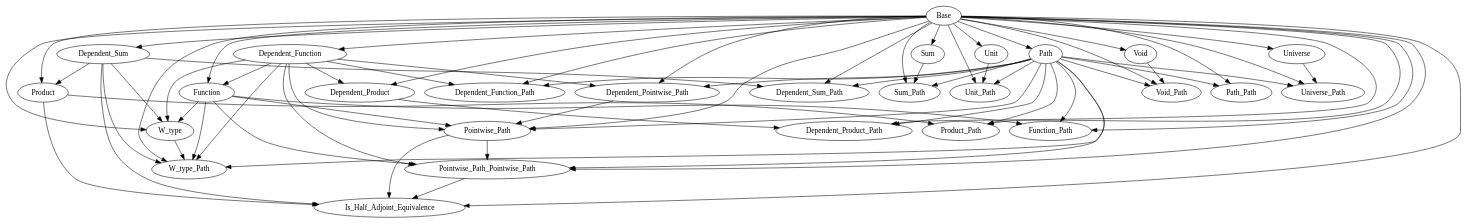
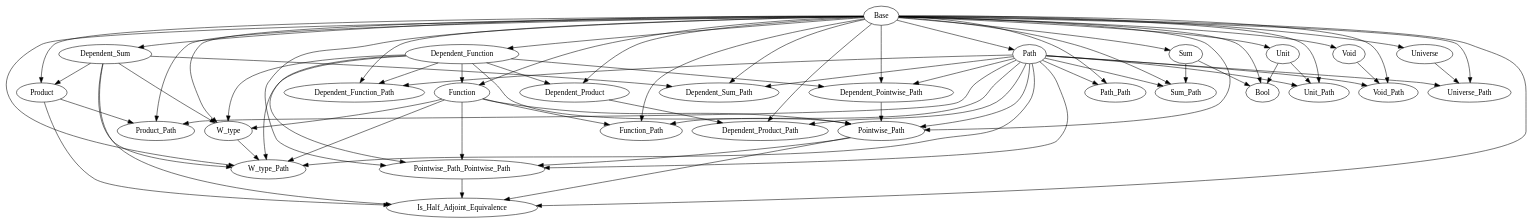
Before and after one commit to Hexirp/googology-in-coq: the diagram in libraries/dependencies.gv, drawn with Graphviz. The commit also changed 1 other file, not shown here.

Commit message:
Update: Bool を書き直す

```diff
--- a/libraries/dependencies.gv
+++ b/libraries/dependencies.gv
@@ -1,99 +1,103 @@
 digraph Dependencies {
   # Base
   # Dependent_Function
   "Base" -> "Dependent_Function";
   # Function
   "Base" -> "Function";
   "Dependent_Function" -> "Function";
   # Dependent_Product
   "Base" -> "Dependent_Product";
   "Dependent_Function" -> "Dependent_Product";
   # Dependent_Sum
   "Base" -> "Dependent_Sum";
   # Product
   "Base" -> "Product";
   "Dependent_Sum" -> "Product";
   # Sum
   "Base" -> "Sum";
   # Unit
   "Base" -> "Unit";
   # Void
   "Base" -> "Void";
   # W_type
   "Base" -> "W_type";
   "Dependent_Function" -> "W_type";
   "Function" -> "W_type";
   "Dependent_Sum" -> "W_type";
   # Universe
   "Base" -> "Universe";
   # Path
   "Base" -> "Path";
   # Dependent_Function_Path
   "Base" -> "Dependent_Function_Path";
   "Dependent_Function" -> "Dependent_Function_Path";
   "Path" -> "Dependent_Function_Path";
   # Function_Path
   "Base" -> "Function_Path";
   "Function" -> "Function_Path";
   "Path" -> "Function_Path";
   # Dependent_Product_Path
   "Base" -> "Dependent_Product_Path";
   "Dependent_Product" -> "Dependent_Product_Path";
   "Path" -> "Dependent_Product_Path";
   # Dependent_Sum_Path
   "Base" -> "Dependent_Sum_Path";
   "Dependent_Sum" -> "Dependent_Sum_Path";
   "Path" -> "Dependent_Sum_Path";
   # Product_Path
   "Base" -> "Product_Path";
   "Product" -> "Product_Path";
   "Path" -> "Product_Path";
   # Sum_Path
   "Base" -> "Sum_Path";
   "Sum" -> "Sum_Path";
   "Path" -> "Sum_Path";
   # Unit_Path
   "Base" -> "Unit_Path";
   "Unit" -> "Unit_Path";
   "Path" -> "Unit_Path";
   # Void_Path
   "Base" -> "Void_Path";
   "Void" -> "Void_Path";
   "Path" -> "Void_Path";
   # W_type_Path
   "Base" -> "W_type_Path";
   "Dependent_Function" -> "W_type_Path";
   "Function" -> "W_type_Path";
   "Dependent_Sum" -> "W_type_Path";
   "W_type" -> "W_type_Path";
   "Path" -> "W_type_Path";
   # Universe_Path
   "Base" -> "Universe_Path";
   "Universe" -> "Universe_Path";
   "Path" -> "Universe_Path";
   # Path_Path
   "Base" -> "Path_Path";
   "Path" -> "Path_Path";
   # Dependent_Pointwise_Path
   "Base" -> "Dependent_Pointwise_Path";
   "Dependent_Function" -> "Dependent_Pointwise_Path";
   "Path" -> "Dependent_Pointwise_Path";
   # Pointwise_Path
   "Base" -> "Pointwise_Path";
   "Dependent_Function" -> "Pointwise_Path";
   "Function" -> "Pointwise_Path";
   "Path" -> "Pointwise_Path";
   "Dependent_Pointwise_Path" -> "Pointwise_Path";
   # Pointwise_Path_Pointwise_Path
   "Base" -> "Pointwise_Path_Pointwise_Path";
   "Dependent_Function" -> "Pointwise_Path_Pointwise_Path";
   "Function" -> "Pointwise_Path_Pointwise_Path";
   "Path" -> "Pointwise_Path_Pointwise_Path";
   "Pointwise_Path" -> "Pointwise_Path_Pointwise_Path";
   # Is_Half_Adjoint_Equivalence
   "Base" -> "Is_Half_Adjoint_Equivalence";
   "Dependent_Sum" -> "Is_Half_Adjoint_Equivalence";
   "Product" -> "Is_Half_Adjoint_Equivalence";
   "Pointwise_Path" -> "Is_Half_Adjoint_Equivalence";
   "Pointwise_Path_Pointwise_Path" -> "Is_Half_Adjoint_Equivalence";
+  # Bool
+  "Base" -> "Bool";
+  "Sum" -> "Bool";
+  "Unit" -> "Bool";
 }
```
